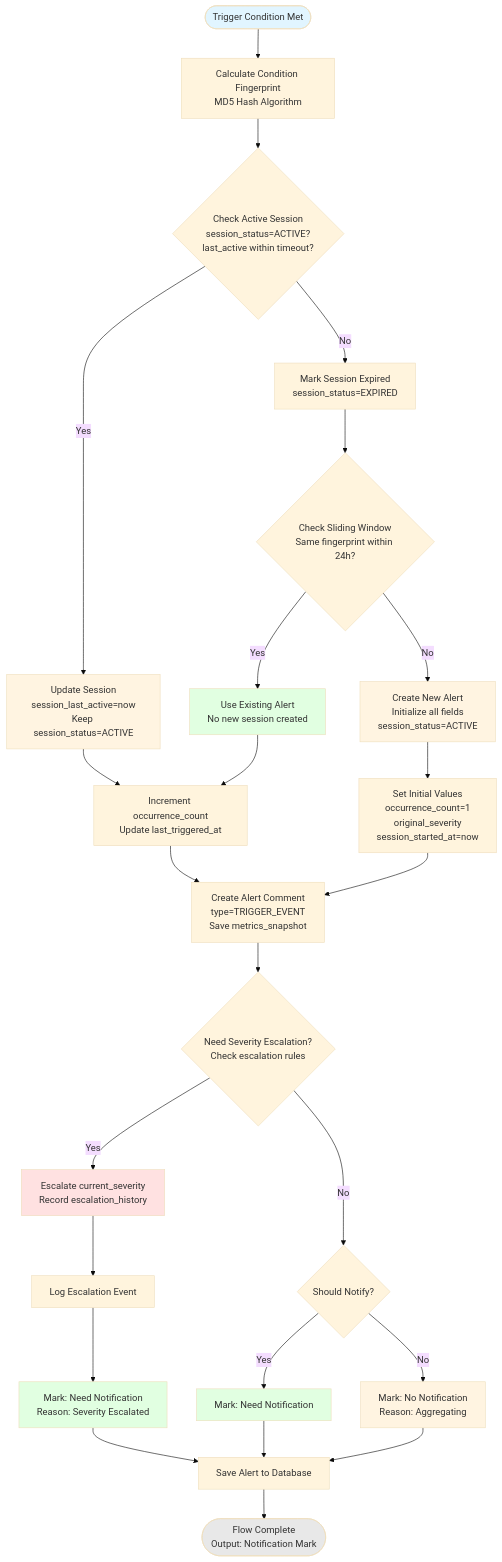
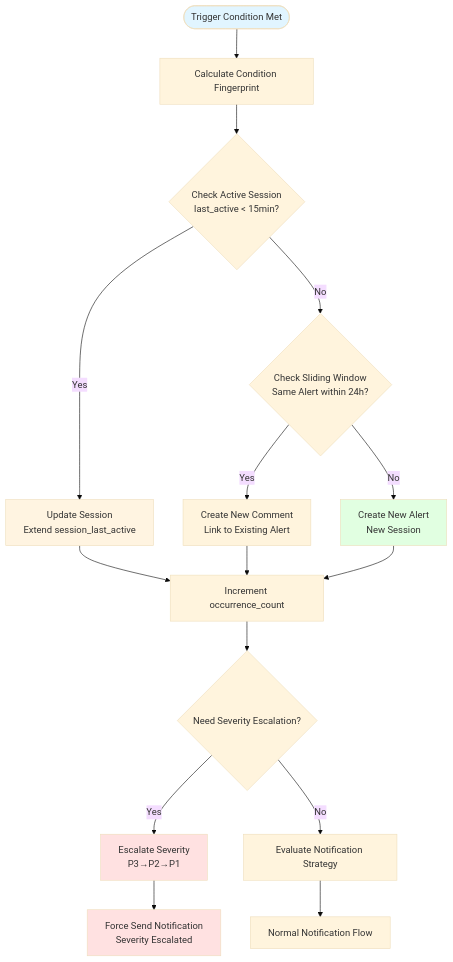
Before and after one commit to smarttttttt/AwxSentinel: the seventh of 10 diagrams in AlertSystemDesign_EN.md, drawn with Mermaid (base theme). The commit also changed 1 other file, not shown here.

Commit message:
refactor: simplify alert aggregation flow diagram
- Replace complex session management flow with simplified version
- Change 'UseExistingAlert' to 'CreateNewComment' for clarity
- Remove intermediate steps (ExpireSession, SetInitialValues, etc.)
- Simplify session check to 'last_active < 15min'
- Make flow more intuitive and easier to understand
- Update both CN and EN versions

Key changes:
- When session expires and same condition triggers within 24h window, create Comment instead of new session
- Streamline notification decision flow
- Keep aggregation logic focused on core decisions

````diff
--- a/AlertSystemDesign_EN.md
+++ b/AlertSystemDesign_EN.md
@@ -391,48 +391,28 @@
 ```mermaid
 flowchart TD
-    Start([Trigger Condition Met]) --> CalcFingerprint[Calculate Condition Fingerprint<br/>MD5 Hash Algorithm]
-    CalcFingerprint --> CheckSession{Check Active Session<br/>session_status=ACTIVE?<br/>last_active within timeout?}
+    Start([Trigger Condition Met]) --> CalcFingerprint[Calculate Condition Fingerprint]
+    CalcFingerprint --> CheckSession{Check Active Session<br/>last_active < 15min?}
 
-    CheckSession -->|Yes| UpdateSession[Update Session<br/>session_last_active=now<br/>Keep session_status=ACTIVE]
-    CheckSession -->|No| ExpireSession[Mark Session Expired<br/>session_status=EXPIRED]
+    CheckSession -->|Yes| UpdateSession[Update Session<br/>Extend session_last_active]
+    CheckSession -->|No| CheckWindow{Check Sliding Window<br/>Same Alert within 24h?}
 
-    ExpireSession --> CheckWindow{Check Sliding Window<br/>Same fingerprint within 24h?}
+    CheckWindow -->|Yes| CreateNewComment[Create New Comment<br/>Link to Existing Alert]
+    CheckWindow -->|No| CreateNewAlert[Create New Alert<br/>New Session]
 
-    CheckWindow -->|Yes| UseExistingAlert[Use Existing Alert<br/>No new session created]
-    CheckWindow -->|No| CreateNewAlert[Create New Alert<br/>Initialize all fields<br/>session_status=ACTIVE]
+    UpdateSession --> IncrementCount[Increment occurrence_count]
+    CreateNewComment --> IncrementCount
+    CreateNewAlert --> IncrementCount
 
-    UpdateSession --> IncrementCount[Increment occurrence_count<br/>Update last_triggered_at]
-    UseExistingAlert --> IncrementCount
+    IncrementCount --> CheckEscalation{Need Severity Escalation?}
+    CheckEscalation -->|Yes| EscalateSeverity[Escalate Severity<br/>P3→P2→P1]
+    CheckEscalation -->|No| EvalNotification[Evaluate Notification Strategy]
 
-    CreateNewAlert --> SetInitialValues[Set Initial Values<br/>occurrence_count=1<br/>original_severity<br/>session_started_at=now]
-
-    SetInitialValues --> CreateComment[Create Alert Comment<br/>type=TRIGGER_EVENT<br/>Save metrics_snapshot]
-    IncrementCount --> CreateComment
-
-    CreateComment --> CheckEscalation{Need Severity Escalation?<br/>Check escalation rules}
-
-    CheckEscalation -->|Yes| EscalateSeverity[Escalate current_severity<br/>Record escalation_history]
-    CheckEscalation -->|No| DecideNotify{Should Notify?}
-
-    EscalateSeverity --> LogEscalation[Log Escalation Event]
-    LogEscalation --> ForceNotify[Mark: Need Notification<br/>Reason: Severity Escalated]
-
-    DecideNotify -->|Yes| NeedNotify[Mark: Need Notification]
-    DecideNotify -->|No| NoNotify[Mark: No Notification<br/>Reason: Aggregating]
-
-    ForceNotify --> SaveAlert[Save Alert to Database]
-    NeedNotify --> SaveAlert
-    NoNotify --> SaveAlert
-
-    SaveAlert --> End([Flow Complete<br/>Output: Notification Mark])
+    EscalateSeverity --> ForceNotify[Force Send Notification<br/>Severity Escalated]
+    EvalNotification --> NormalFlow[Normal Notification Flow]
 
     style Start fill:#e1f5ff
-    style CreateNewAlert fill:#fff4e1
     style UpdateSession fill:#fff4e1
-    style UseExistingAlert fill:#e1ffe1
+    style CreateNewAlert fill:#e1ffe1
     style EscalateSeverity fill:#ffe1e1
-    style ForceNotify fill:#e1ffe1
-    style NeedNotify fill:#e1ffe1
-    style NoNotify fill:#fff4e1
-    style End fill:#e8e8e8
+    style ForceNotify fill:#ffe1e1
 ```
````
